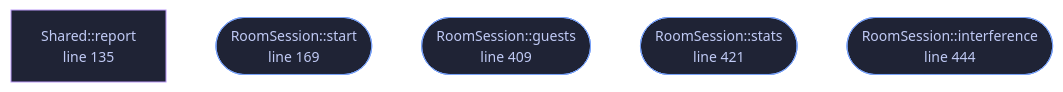
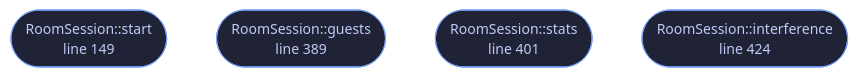
The diagram in docs/files/veilvoice-audio/room.md (tilas01/veilvoice), drawn with Mermaid before and after one commit. The commit also changed other lines of this file and 54 other files, not shown here.

````diff
--- a/docs/files/veilvoice-audio/room.md
+++ b/docs/files/veilvoice-audio/room.md
@@ -127,18 +127,14 @@
 ```mermaid
 %%{init: {"theme":"base","themeVariables":{"background":"#1a1b26","primaryColor":"#1f2335","primaryTextColor":"#c0caf5","primaryBorderColor":"#7aa2f7","secondaryColor":"#16161e","tertiaryColor":"#16161e","lineColor":"#737aa2","textColor":"#c0caf5","mainBkg":"#1f2335","nodeBorder":"#7aa2f7","clusterBkg":"#16161e","clusterBorder":"#2f3549","fontFamily":"ui-monospace, SFMono-Regular, Consolas, monospace","fontSize":"14px"}}}%%
 flowchart TD
-    n_report["Shared::report<br/>line 135"]
-    n_start(["RoomSession::start<br/>line 169"])
-    n_guests(["RoomSession::guests<br/>line 409"])
-    n_stats(["RoomSession::stats<br/>line 421"])
-    n_interference(["RoomSession::interference<br/>line 444"])
-    click n_report href "https://github.com/tilas01/veilvoice/blob/main/crates/veilvoice-audio/src/room.rs#L135" "open the source"
-    click n_start href "https://github.com/tilas01/veilvoice/blob/main/crates/veilvoice-audio/src/room.rs#L169" "open the source"
-    click n_guests href "https://github.com/tilas01/veilvoice/blob/main/crates/veilvoice-audio/src/room.rs#L409" "open the source"
-    click n_stats href "https://github.com/tilas01/veilvoice/blob/main/crates/veilvoice-audio/src/room.rs#L421" "open the source"
-    click n_interference href "https://github.com/tilas01/veilvoice/blob/main/crates/veilvoice-audio/src/room.rs#L444" "open the source"
+    n_start(["RoomSession::start<br/>line 149"])
+    n_guests(["RoomSession::guests<br/>line 389"])
+    n_stats(["RoomSession::stats<br/>line 401"])
+    n_interference(["RoomSession::interference<br/>line 424"])
+    click n_start href "https://github.com/tilas01/veilvoice/blob/main/crates/veilvoice-audio/src/room.rs#L149" "open the source"
+    click n_guests href "https://github.com/tilas01/veilvoice/blob/main/crates/veilvoice-audio/src/room.rs#L389" "open the source"
+    click n_stats href "https://github.com/tilas01/veilvoice/blob/main/crates/veilvoice-audio/src/room.rs#L401" "open the source"
+    click n_interference href "https://github.com/tilas01/veilvoice/blob/main/crates/veilvoice-audio/src/room.rs#L424" "open the source"
     classDef entry fill:#1f2335,stroke:#7aa2f7,color:#c0caf5
     class n_start,n_guests,n_stats,n_interference entry
-    classDef helper fill:#1f2335,stroke:#bb9af7,color:#c0caf5
-    class n_report helper
 ```
````
